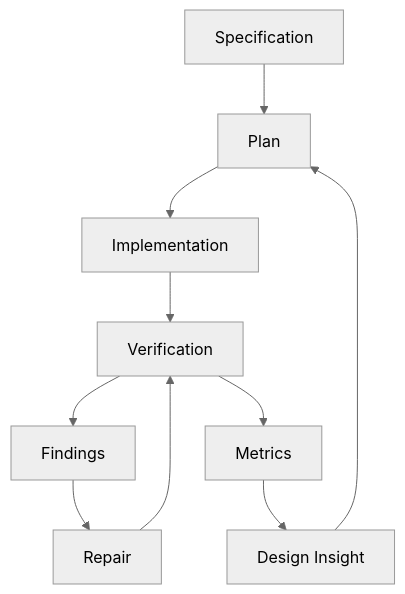
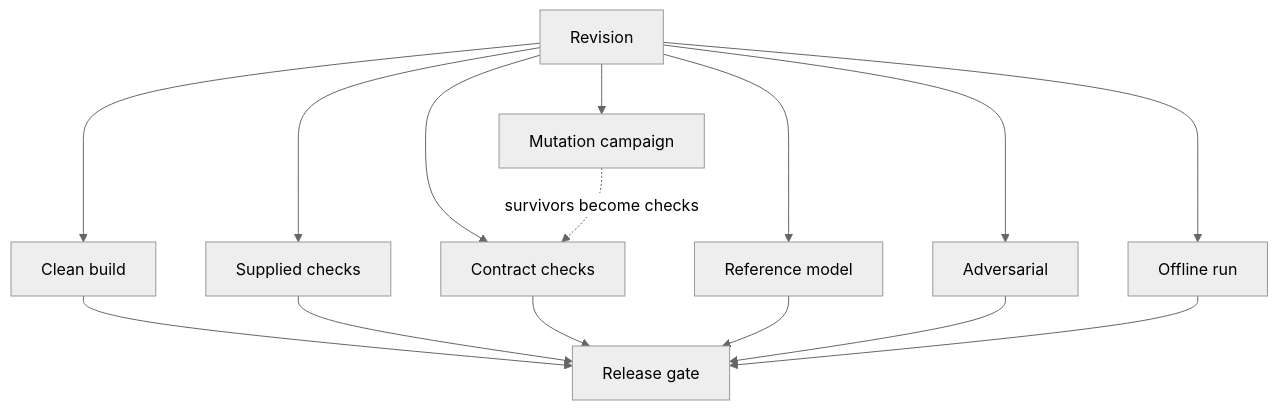
One commit to Aaditya1273/COMMIT changed the second of 3 diagrams in README.md. Above: the diagram before and after it, drawn with Mermaid (neutral theme). The commit also changed other lines of this file and 2 other files, not shown here.

````diff
--- a/README.md
+++ b/README.md
@@ -2156,13 +70,7 @@
 ```mermaid
 flowchart TD
-    S[Specification]
-    S --> P[Plan]
-    P --> I[Implementation]
-    I --> V[Verification]
-    V --> F[Findings]
-    F --> R[Repair]
-    R --> V
-    V --> M[Metrics]
-    M --> D[Design Insight]
-    D --> P
+    I[Revision] --> C[Clean build] & T[Supplied checks] & K[Contract checks] & R[Reference model] & A[Adversarial] & O[Offline run]
+    C & T & K & R & A & O --> G[Release gate]
+    I --> M[Mutation campaign]
+    M -.->|survivors become checks| K
 ```
````
